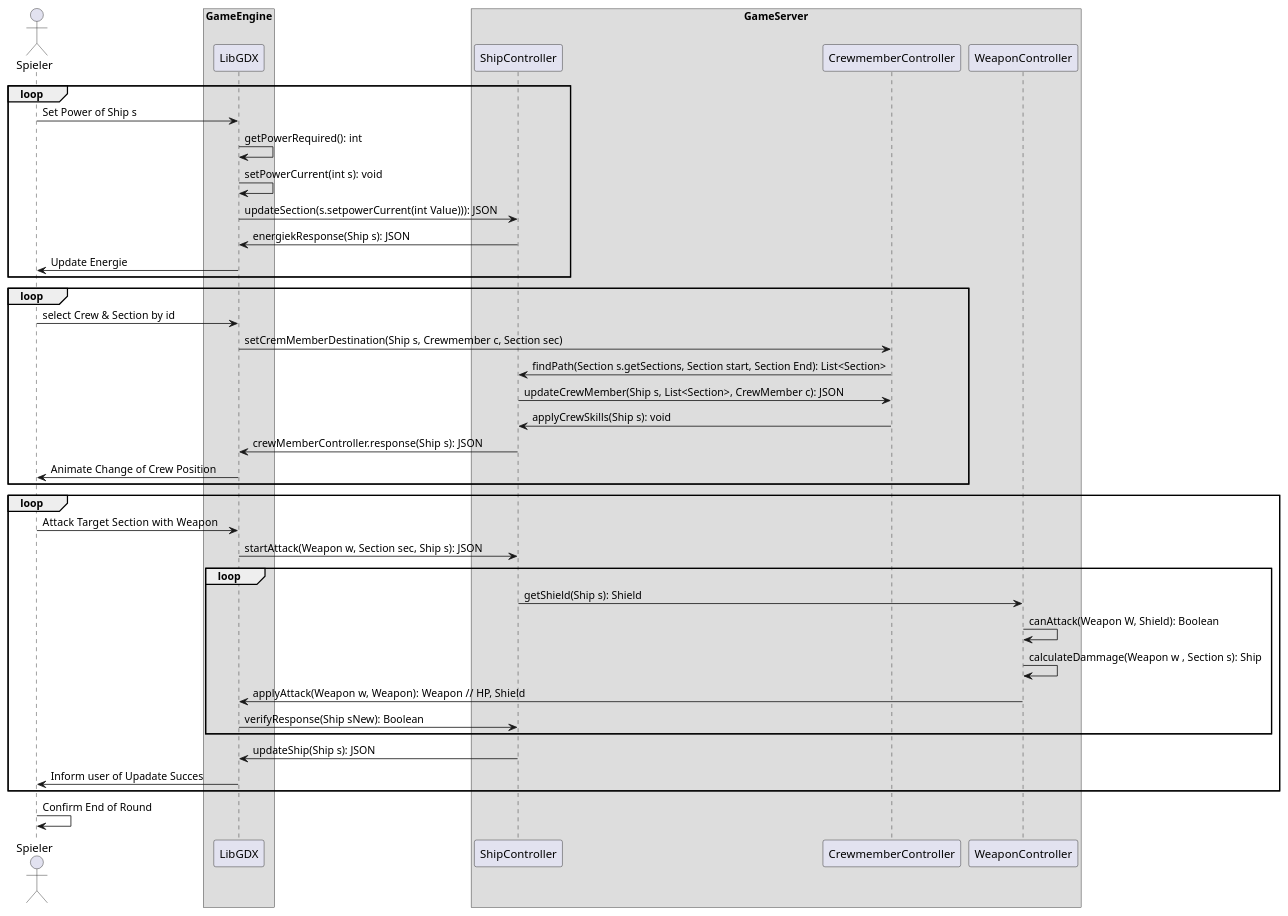
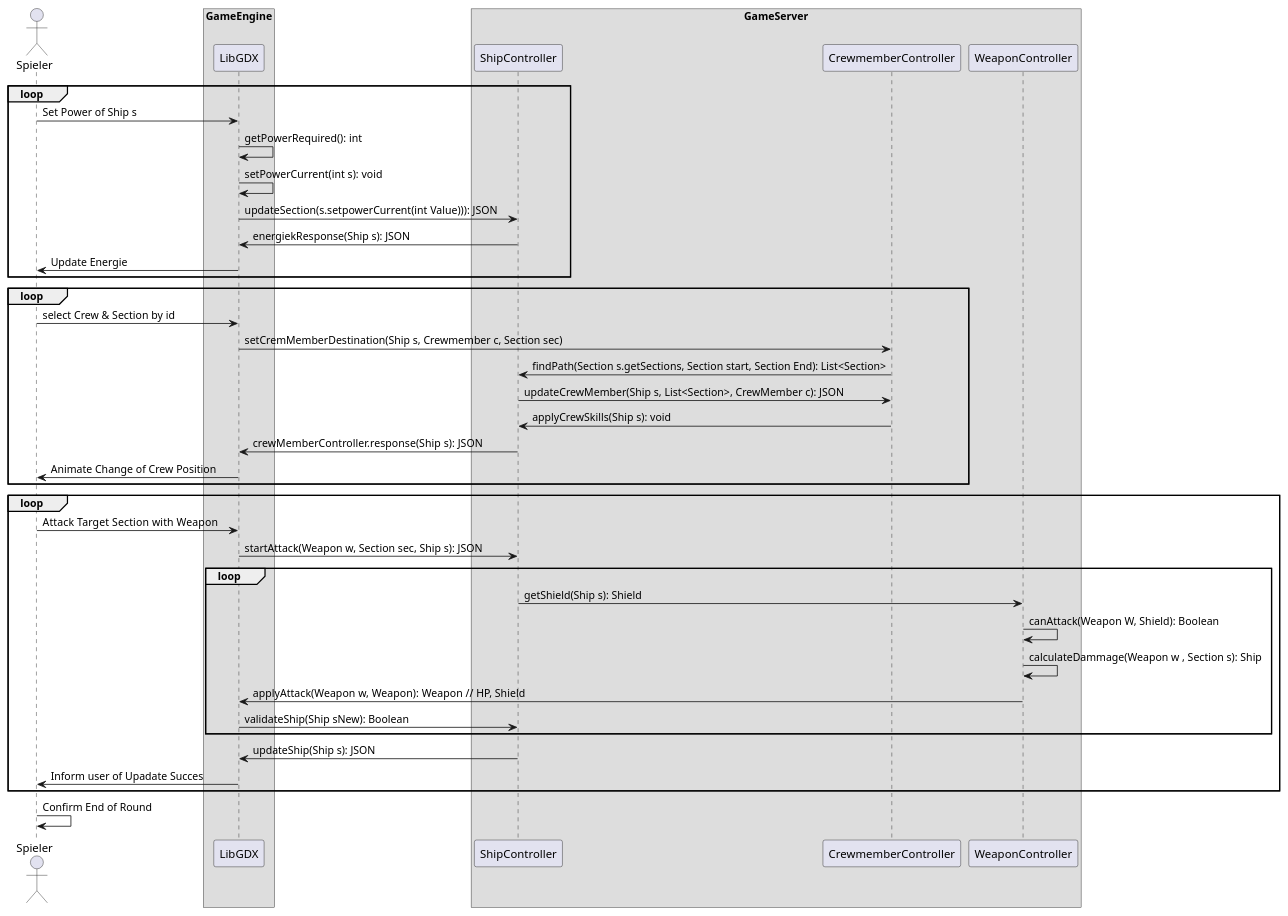
One commit to ksreyr/SpaceStudio changed the first of 3 diagrams in docs/SVGs_org_files/seq.org. Above: the diagram before and after it, drawn with PlantUML. The commit also changed 16 other files, not shown here.

```diff
--- a/docs/SVGs_org_files/seq.org
+++ b/docs/SVGs_org_files/seq.org
@@ -4,57 +4,57 @@
 #+BEGIN_SRC plantuml :file kampf.png
 actor Spieler as user
 participant LibGDX as client
 participant ShipController as ship
 participant CrewmemberController as crew
 participant WeaponController as weapon
 
 box "GameEngine"
   participant client
 end box
 
 box "GameServer"
   participant ship
   participant crew
   participant weapon
 end box
 
 
 loop
 user -> client: Set Power of Ship s
 client -> client: getPowerRequired(): int
 client -> client: setPowerCurrent(int s): void
 client -> ship: updateSection(s.setpowerCurrent(int Value))): JSON
 ship -> client: energiekResponse(Ship s): JSON
 client -> user: Update Energie
 
 end loop
 
 loop
      user -> client: select Crew & Section by id
      client -> crew: setCremMemberDestination(Ship s, Crewmember c, Section sec)
      crew -> ship: findPath(Section s.getSections, Section start, Section End): List<Section>
      ship -> crew: updateCrewMember(Ship s, List<Section>, CrewMember c): JSON
      crew -> ship: applyCrewSkills(Ship s): void
      ship -> client: crewMemberController.response(Ship s): JSON
      client -> user: Animate Change of Crew Position
 end loop
 
 loop
 
 user -> client: Attack Target Section with  Weapon
 client -> ship: startAttack(Weapon w, Section sec, Ship s): JSON
     loop
          ship -> weapon: getShield(Ship s): Shield
          weapon -> weapon: canAttack(Weapon W, Shield): Boolean
          weapon -> weapon: calculateDammage(Weapon w , Section s): Ship
          weapon -> client: applyAttack(Weapon w, Weapon): Weapon // HP, Shield
-         client -> ship: verifyResponse(Ship sNew): Boolean
+         client -> ship: validateShip(Ship sNew): Boolean
     end loop
     ship -> client: updateShip(Ship s): JSON
 client -> user: Inform user of Upadate Succes
 end loop
 
 user -> user: Confirm End of Round
 
 
 #+END_SRC
```
